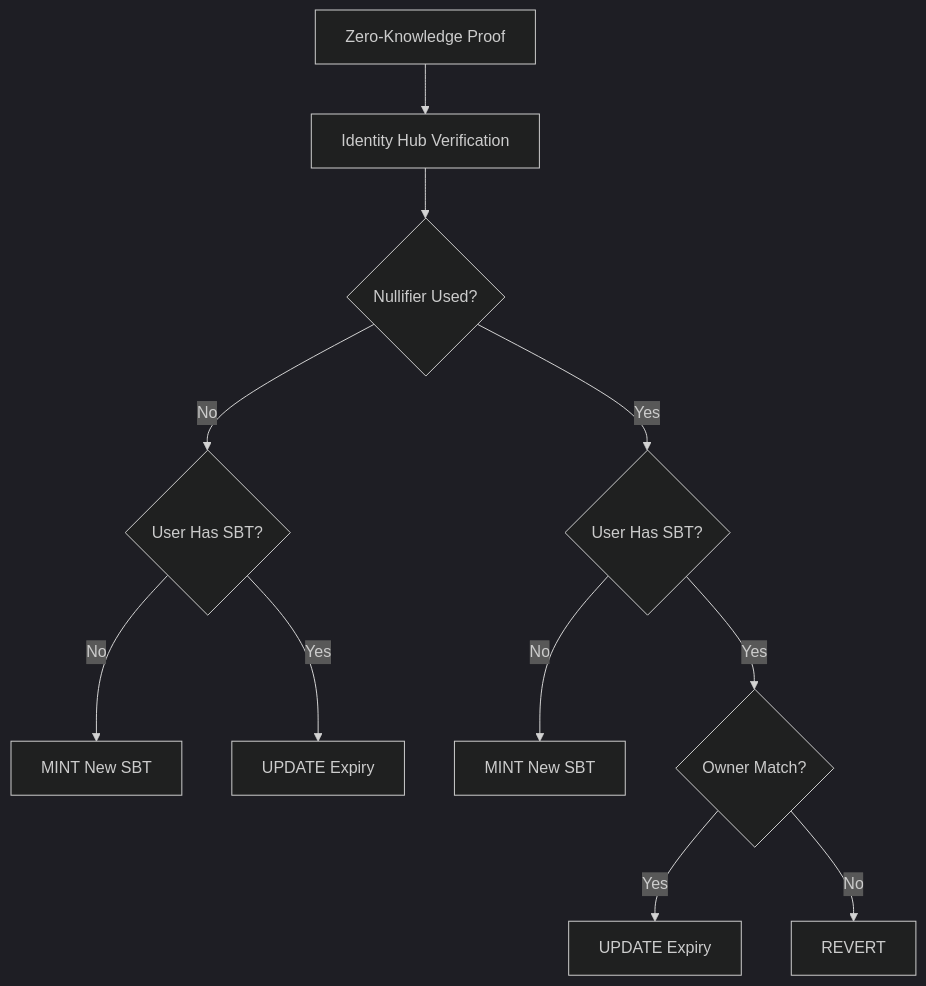
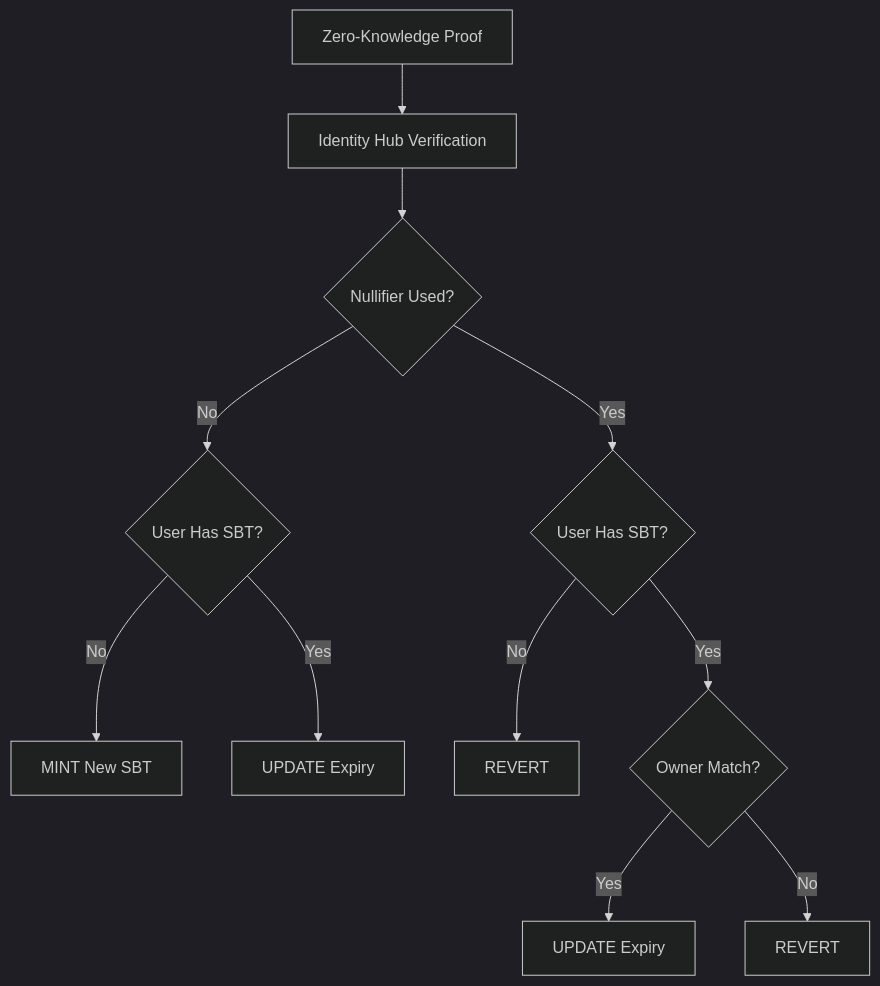
The diagram in README.md (selfxyz/self-sbt), drawn with Mermaid (dark theme) before and after one commit. The commit also changed other lines of this file and 2 other files, not shown here.

````diff
--- a/README.md
+++ b/README.md
@@ -61,16 +61,16 @@
 ```mermaid
 graph TD
     A[Zero-Knowledge Proof] --> B[Identity Hub Verification]
     B --> C{Nullifier Used?}
     C -->|No| D{User Has SBT?}
     C -->|Yes| E{User Has SBT?}
 
     D -->|No| F[MINT New SBT]
     D -->|Yes| G[UPDATE Expiry]
 
-    E -->|No| H[MINT New SBT]
+    E -->|No| H[REVERT]
     E -->|Yes| I{Owner Match?}
 
     I -->|Yes| J[UPDATE Expiry]
     I -->|No| K[REVERT]
 ```
````
